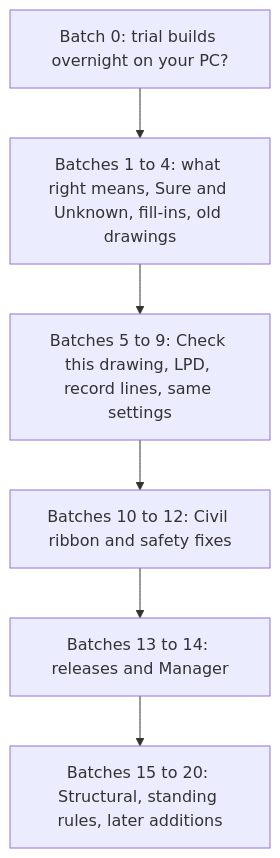
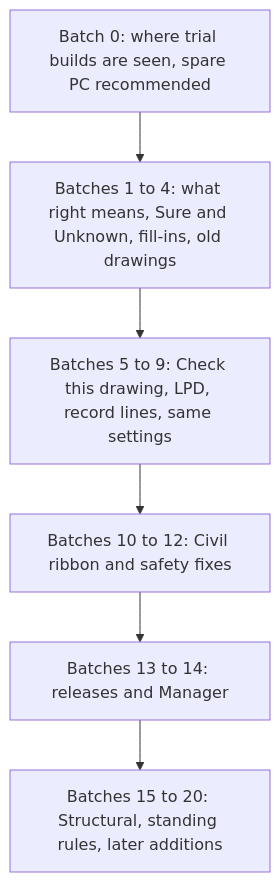
Before and after one commit to timbrand92/CE_PLAN: the diagram in areas/TRUST_QUESTIONS_FOR_TIM.md, drawn with Mermaid. The commit also changed other lines of this file and 1 other file, not shown here.

Commit message:
Trust plan 02: batch 0 now recommends the spare work PC (ruling D5); overnight installs second

````diff
--- a/areas/TRUST_QUESTIONS_FOR_TIM.md
+++ b/areas/TRUST_QUESTIONS_FOR_TIM.md
@@ -15,8 +15,8 @@
 ```mermaid
 flowchart TD
-    Z[Batch 0: trial builds overnight on your PC?] --> A
+    Z[Batch 0: where trial builds are seen, spare PC recommended] --> A
     A[Batches 1 to 4: what right means, Sure and Unknown, fill-ins, old drawings] --> B[Batches 5 to 9: Check this drawing, LPD, record lines, same settings]
     B --> C[Batches 10 to 12: Civil ribbon and safety fixes]
     C --> D[Batches 13 to 14: releases and Manager]
     D --> E[Batches 15 to 20: Structural, standing rules, later additions]
 ```
````
